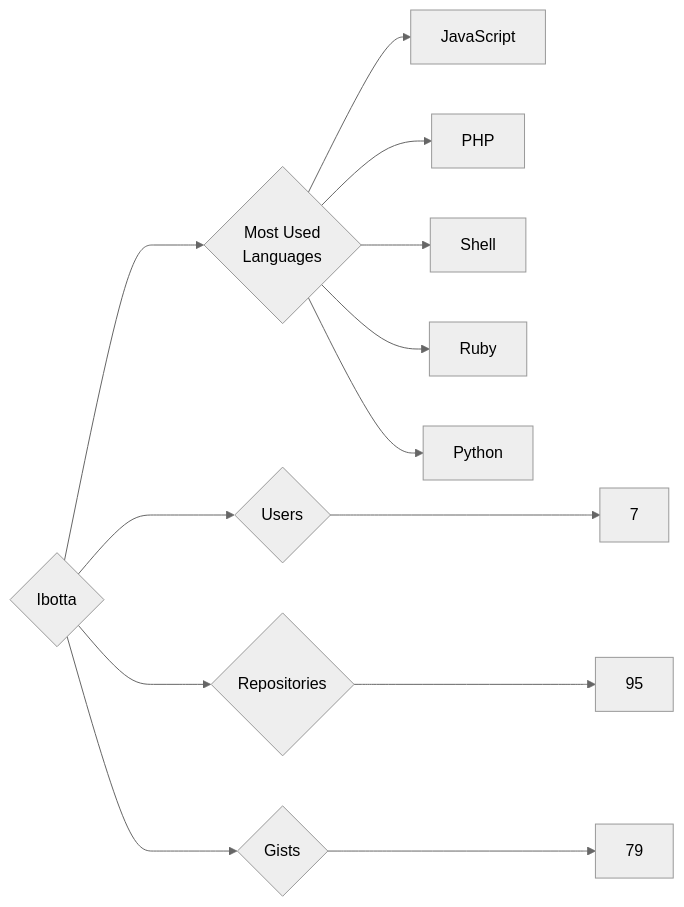
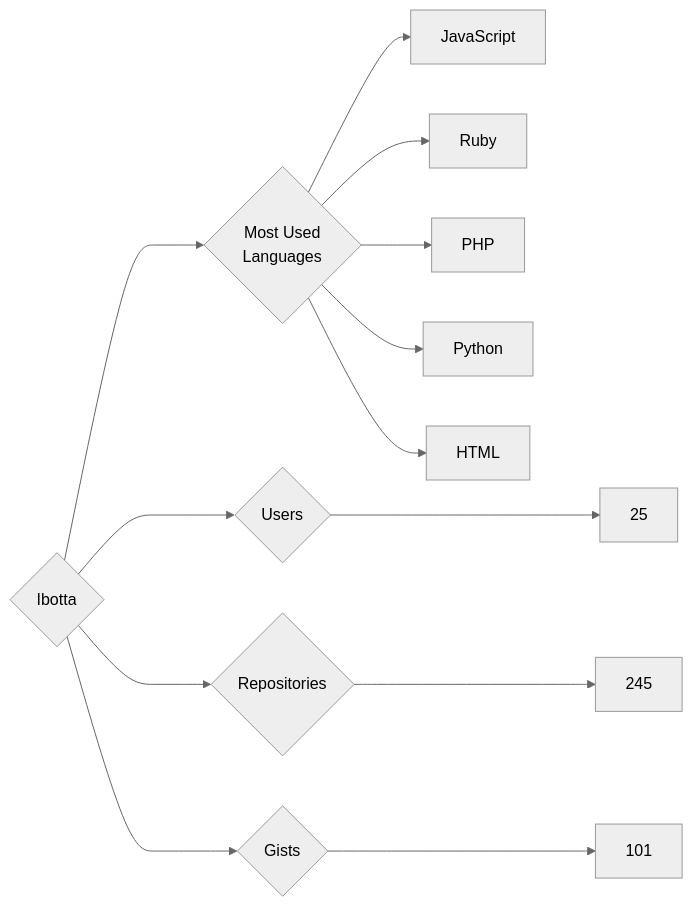
Before and after one commit to trickest/insiders: the diagram in targets/Ibotta/README.md, drawn with Mermaid (neutral theme). The commit also changed 814 other files, not shown here.

````diff
--- a/targets/Ibotta/README.md
+++ b/targets/Ibotta/README.md
@@ -3,13 +3,13 @@
 ```mermaid
 graph LR
 COMPANY_NAME{Ibotta}
-COMPANY_NAME ---> U{Users} ---> UN[7]
-COMPANY_NAME ---> R{Repositories} ---> RN[95]
-COMPANY_NAME ---> G{Gists} ---> GN[79]
+COMPANY_NAME ---> U{Users} ---> UN[25]
+COMPANY_NAME ---> R{Repositories} ---> RN[245]
+COMPANY_NAME ---> G{Gists} ---> GN[101]
 COMPANY_NAME ---> ML{Most Used<br>Languages}
 ML --> JavaScript[JavaScript]
+ML --> Ruby[Ruby]
 ML --> PHP[PHP]
-ML --> Shell[Shell]
-ML --> Ruby[Ruby]
 ML --> Python[Python]
+ML --> HTML[HTML]
 ```
````
